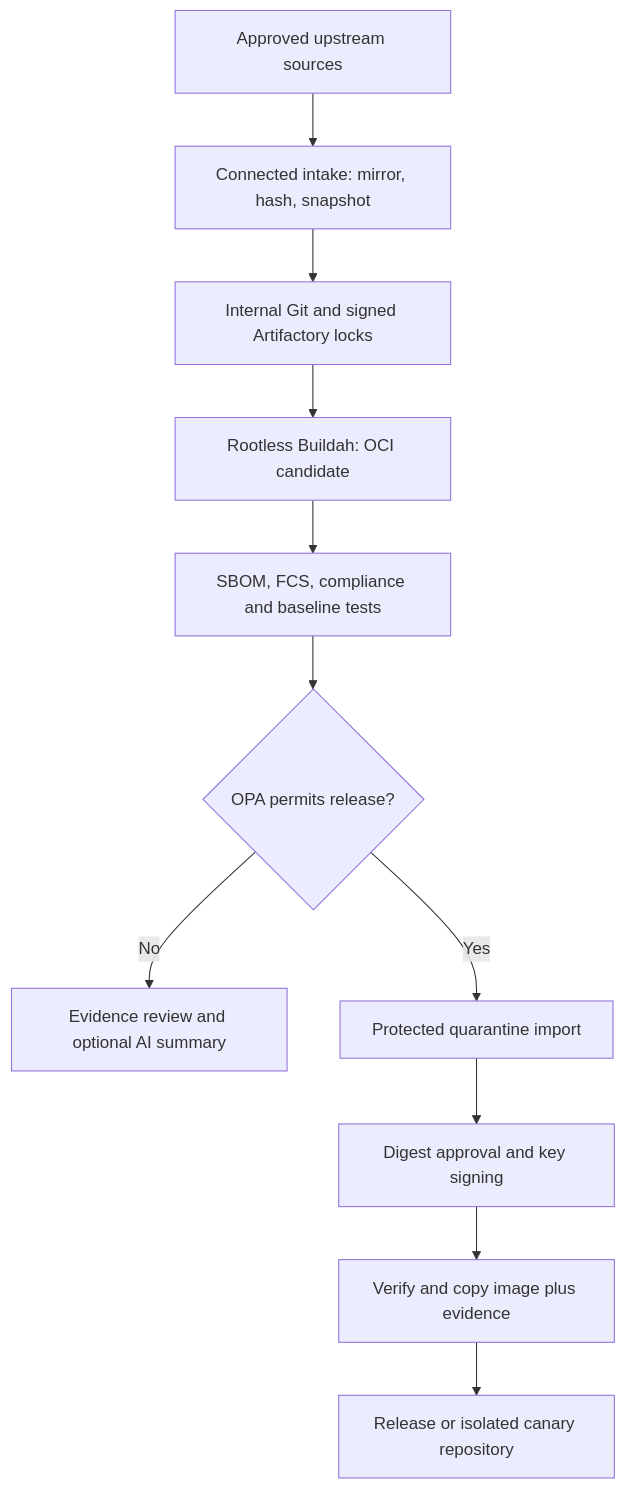
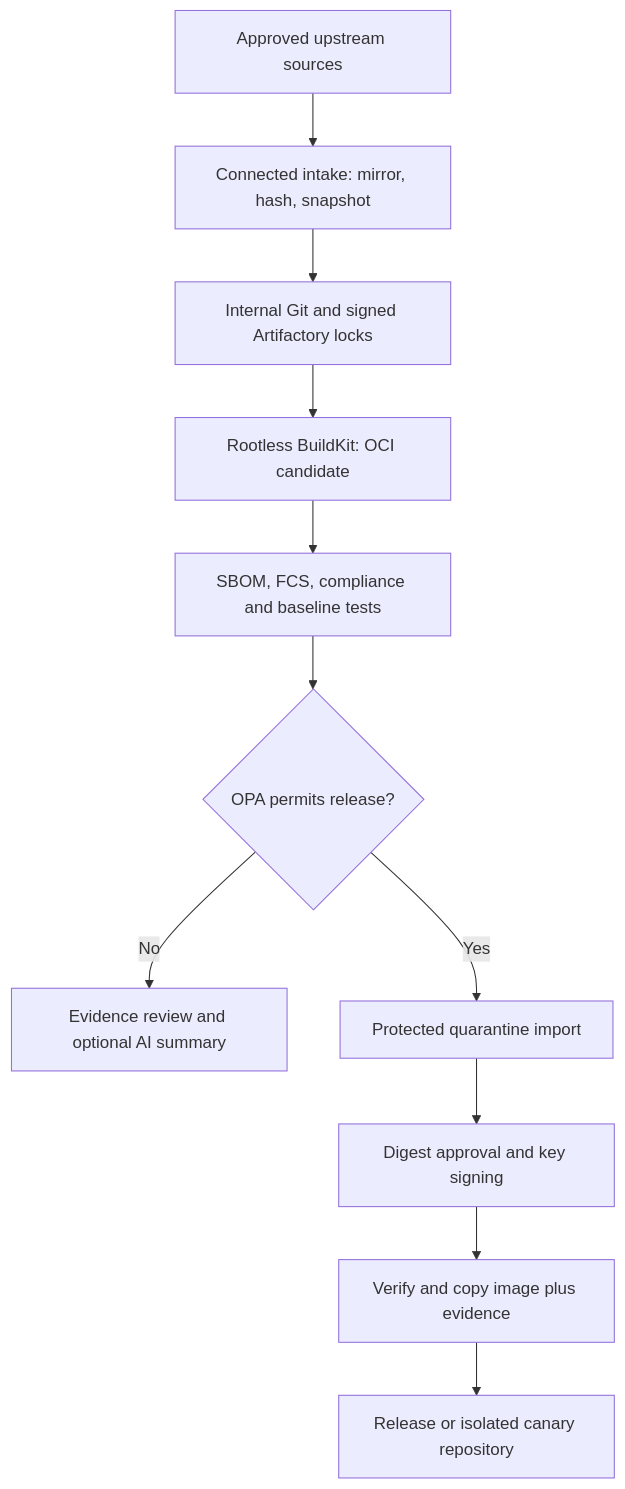
One commit to shamuraix/image-hardening-factory-starter changed the diagram in README.md. Above: the diagram before and after it, drawn with Mermaid. The commit also changed other lines of this file and 17 other files, not shown here.

Commit message:
Introduce rootless BuildKit builds and Jenkins Kubernetes runner configuration

````diff
--- a/README.md
+++ b/README.md
@@ -61,13 +61,13 @@
 ```mermaid
 flowchart TD
     Upstream["Approved upstream sources"] --> Intake["Connected intake: mirror, hash, snapshot"]
     Intake --> Inputs["Internal Git and signed Artifactory locks"]
-    Inputs --> Build["Rootless Buildah: OCI candidate"]
+    Inputs --> Build["Rootless BuildKit: OCI candidate"]
     Build --> Checks["SBOM, FCS, compliance and baseline tests"]
     Checks --> Gate{"OPA permits release?"}
     Gate -->|No| Review["Evidence review and optional AI summary"]
     Gate -->|Yes| Import["Protected quarantine import"]
     Import --> Sign["Digest approval and key signing"]
     Sign --> Promote["Verify and copy image plus evidence"]
     Promote --> Release["Release or isolated canary repository"]
 ```
````
